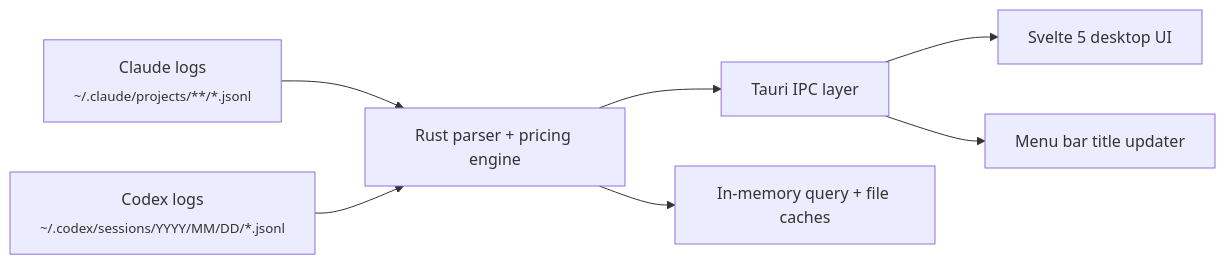
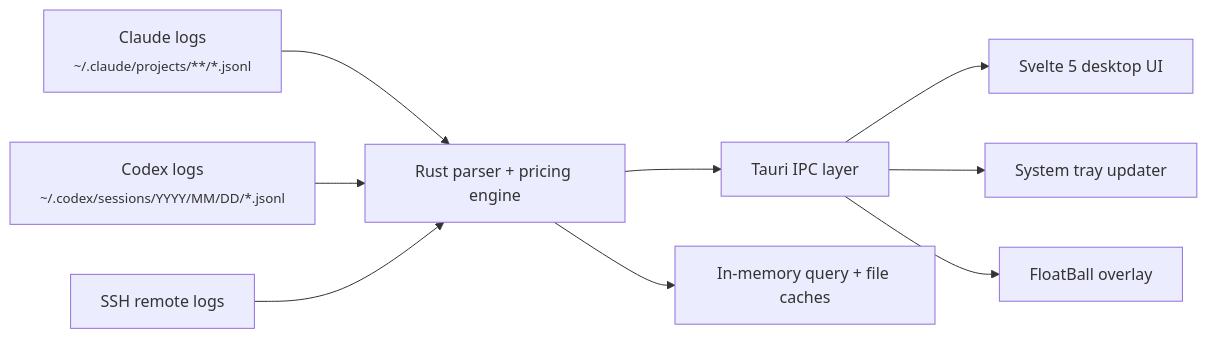
One commit to Michael-OvO/TokenMonitor changed the diagram in README.md. Above: the diagram before and after it, drawn with Mermaid. The commit also changed other lines of this file and 144 other files, not shown here.

First line of the commit message:
feat: cross-platform support (Windows/Linux), modular architecture, FloatBall & SSH devices

````diff
--- a/README.md
+++ b/README.md
@@ -184,9 +220,11 @@
 ```mermaid
 graph LR
     A["Claude logs<br/><sub>~/.claude/projects/**/*.jsonl</sub>"] --> B["Rust parser + pricing engine"]
     D["Codex logs<br/><sub>~/.codex/sessions/YYYY/MM/DD/*.jsonl</sub>"] --> B
+    S["SSH remote logs"] --> B
     B --> C["Tauri IPC layer"]
     C --> E["Svelte 5 desktop UI"]
-    C --> F["Menu bar title updater"]
+    C --> F["System tray updater"]
+    C --> H["FloatBall overlay"]
     B --> G["In-memory query + file caches"]
 ```
````
